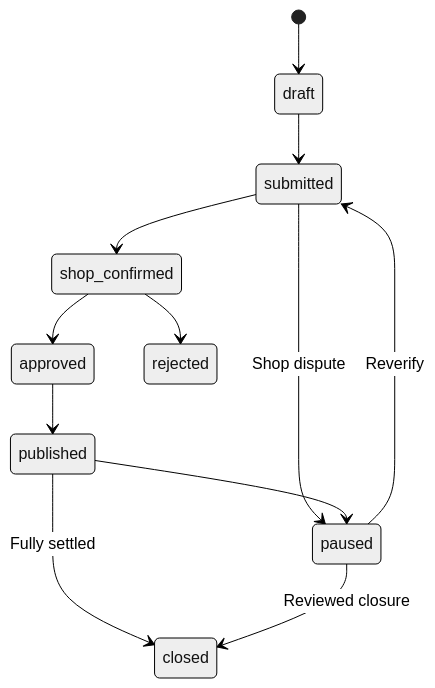
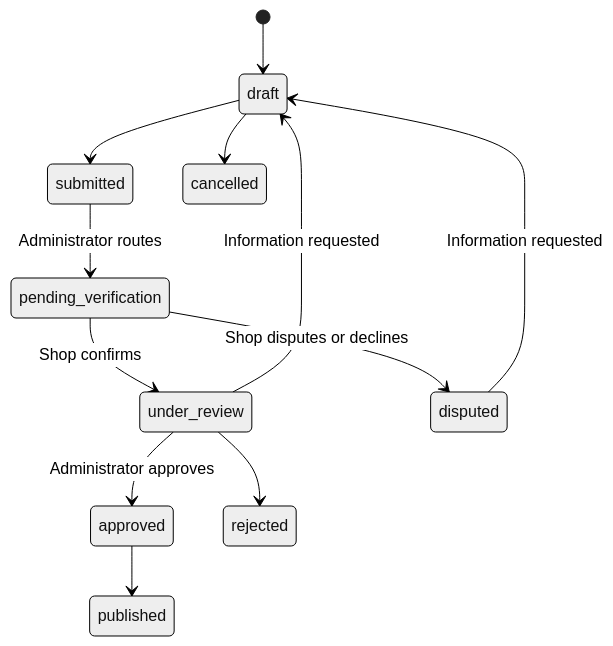
The diagram in docs/business-rules.md (mokhtargalaxy06-ops/Ktab-L7anout), drawn with Mermaid (neutral theme) before and after one commit. The commit also changed other lines of this file and 27 other files, not shown here.

````diff
--- a/docs/business-rules.md
+++ b/docs/business-rules.md
@@ -11,14 +11,14 @@
 ```mermaid
 stateDiagram-v2
     [*] --> draft
     draft --> submitted
-    submitted --> shop_confirmed
-    submitted --> paused: Shop dispute
-    shop_confirmed --> approved
-    shop_confirmed --> rejected
+    submitted --> pending_verification: Administrator routes
+    pending_verification --> under_review: Shop confirms
+    pending_verification --> disputed: Shop disputes or declines
+    under_review --> approved: Administrator approves
+    disputed --> draft: Information requested
+    under_review --> draft: Information requested
+    under_review --> rejected
     approved --> published
-    published --> paused
-    paused --> submitted: Reverify
-    published --> closed: Fully settled
-    paused --> closed: Reviewed closure
+    draft --> cancelled
 ```
````
